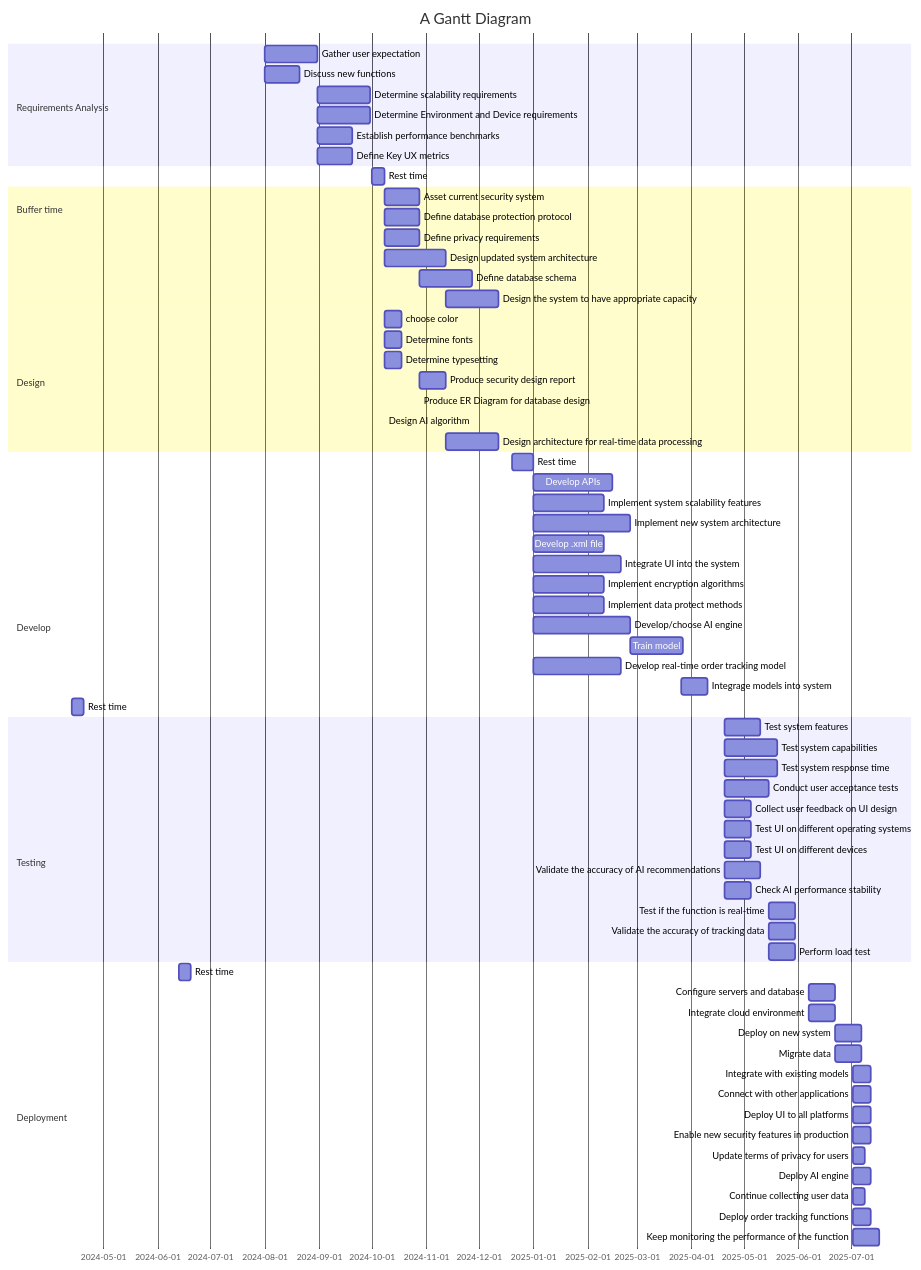
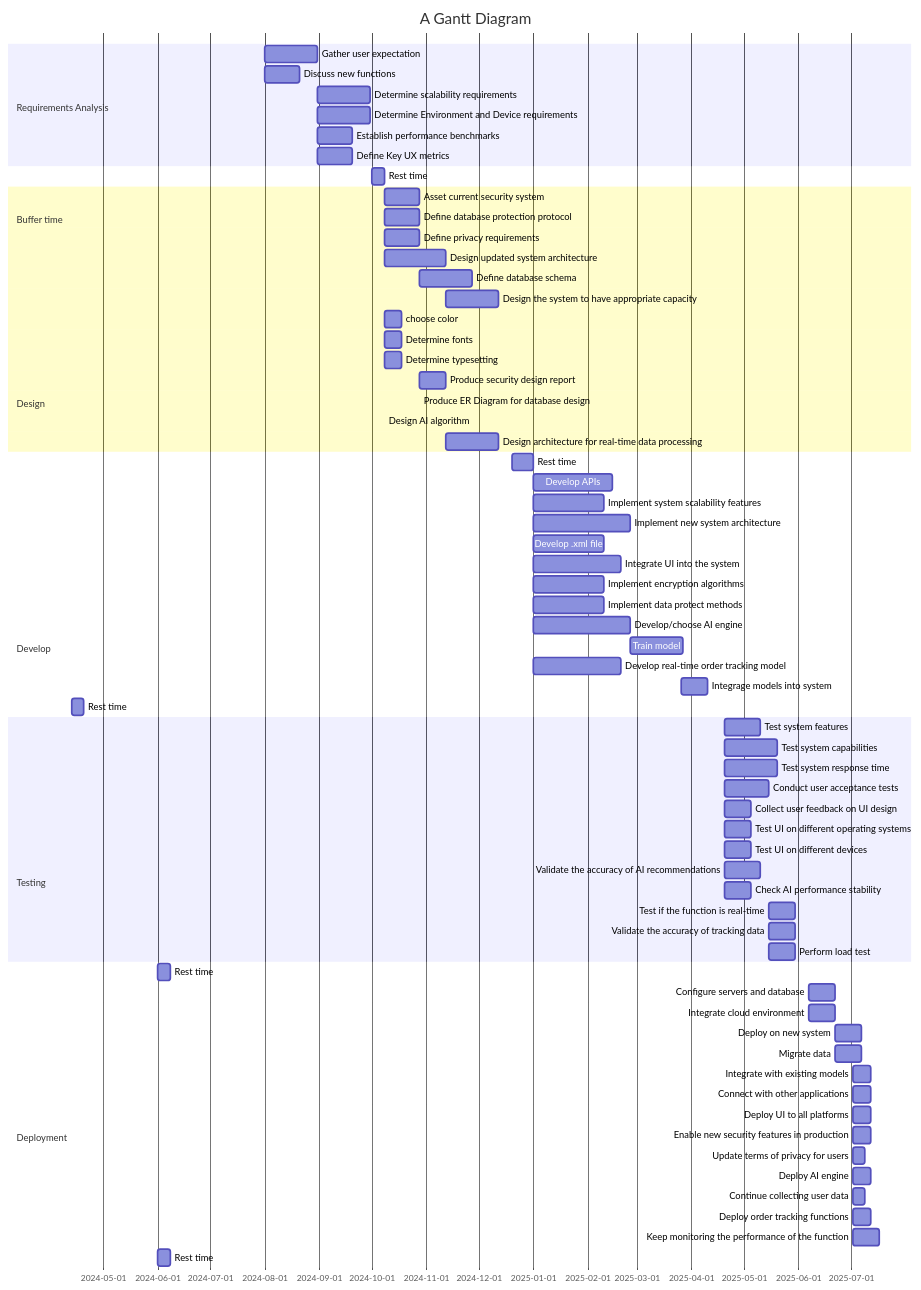
One commit to sayshelley/iodraw-files changed the diagram in all/Untitled-5.md. Above: the diagram before and after it, drawn with Mermaid.

Commit message:
2024-10-11 18:49:29 update

````diff
--- a/all/Untitled-5.md
+++ b/all/Untitled-5.md
@@ -1,81 +1,82 @@
 ```mermaid
 gantt
     title A Gantt Diagram
     dateFormat  YYYY-MM-DD
     section Requirements Analysis
         Gather user expectation: a4, 2024-08-01, 30d
         Discuss new functions: a6, 2024-08-01, 20d
         Determine scalability requirements: a1, after a4, 30d
         Determine Environment and Device requirements: a2, after a4, 30d
         Establish performance benchmarks: a3, after a4, 20d
         Define Key UX metrics: a5, after a4, 20d
     section Buffer time
         Rest time: 2024-10-01, 7d
         
     section Design
         Asset current security system: b1, 2024-10-08, 20d
         Define database protection protocol: b2, 2024-10-08, 20d
         Define privacy requirements: b3, 2024-10-08, 20d
         Design updated system architecture: b4, 2024-10-08, 35d
         Define database schema: b5, after b2, 30d
         Design the system to have appropriate capacity: b6, after b4, 30d
         choose color: b7, 2024-10-08, 10d
         Determine fonts: b8, 2024-10-08, 10d
         Determine typesetting: b9, 2024-10-08, 10d
         Produce security design report: b10, 2024-10-28 ,15d
         Produce ER Diagram for database design: b11, 2024-10-28, 15
         Design AI algorithm: b12, 2024-10-08, 35
         Design architecture for real-time data processing: b13, 2024-11-12,30d
     section Buffer time
         Rest time: 2024-12-20, 12d
     section Develop
         Develop APIs: c1, 2025-01-01, 45d
         Implement system scalability features: c2, 2025-01-01, 40d
         Implement new system architecture: c3, 2025-01-01, 55d
         Develop .xml file: c4, 2025-01-01, 40d
         Integrate UI into the system: c5, 2025-01-01, 50d
         Implement encryption algorithms:c6, 2025-01-01, 40d
         Implement data protect methods: c7, 2025-01-01, 40d
         Develop/choose AI engine: c8, 2025-01-01, 55d
         Train model: c9, 2025-02-25, 30d
         Develop real-time order tracking model: c10, 2025-01-01, 50d
         Integrage models into system: c11, 2025-03-26, 15d
     section Buffer time
         Rest time: 2024-04-13, 7d
     section Testing
         Test system features: d1, 2025-04-20, 20d
         Test system capabilities: d2, 2025-04-20, 30d
         Test system response time: d3, 2025-04-20, 30d
         Conduct user acceptance tests: d4, 2025-04-20, 25d
         Collect user feedback on UI design: d5, 2025-04-20, 15d
         Test UI on different operating systems: d6, 2025-04-20, 15d
         Test UI on different devices: d7, 2025-04-20, 15d
         Validate the accuracy of AI recommendations: d8, 2025-04-20, 20d
         Check AI performance stability: d9, 2025-04-20, 15d
         Test if the function is real-time: d10, 2025-05-15, 15d
         Validate the accuracy of tracking data: d11, 2025-05-15, 15d
         Perform load test: d12, 2025-05-15, 15d
     section Buffer time
-        Rest time: 2024-06-13, 7d
+        Rest time: 2024-06-01, 7d
     section Deployment
         Configure servers and database: e1, 2025-06-07, 15d
         Integrate cloud environment: e2, 2025-06-07, 15d
         Deploy on new system: e3, 2025-06-22, 15d
         Migrate data: e4, 2025-06-22, 15d
         Integrate with existing models: e5, 2025-07-02, 10d
         Connect with other applications: e6, 2025-07-02,10d
         Deploy UI to all platforms: e7, 2025-07-02, 10d
         Enable new security features in production: e8, 2025-07-02, 10d
         Update terms of privacy for users: e9, 2025-07-02, 7d
         Deploy AI engine: e10, 2025-07-02,10d
         Continue collecting user data: e11, 2025-07-02, 7d
         Deploy order tracking functions: e12, 2025-07-02, 10d
         Keep monitoring the performance of the function: e13, 2025-07-02, 15d
-    
+    section Buffer time
+        Rest time: 2024-06-01, 7d
         
 
     
 
 
    
 ```
````
